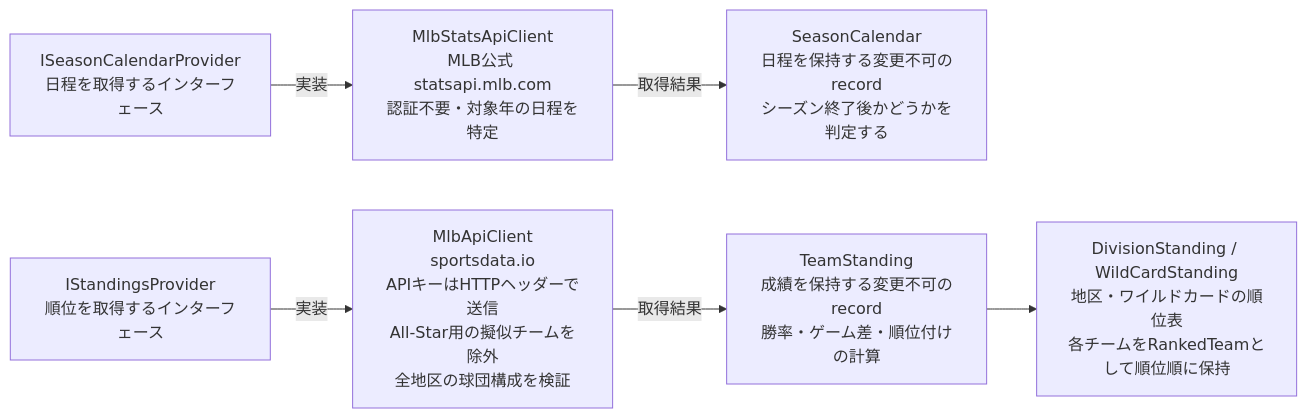
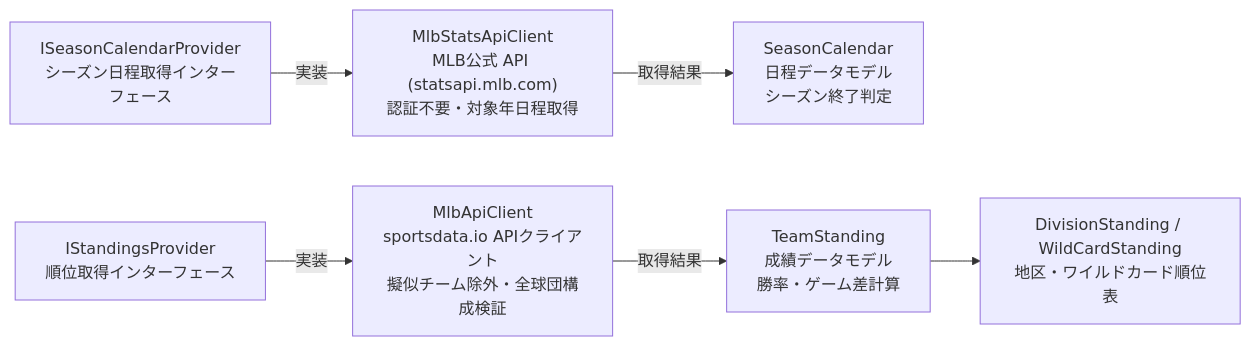
One commit to shin4488/MlbBot changed the second of 4 diagrams in README.md. Above: the diagram before and after it, drawn with Mermaid. The commit also changed other lines of this file and 2 other files, not shown here.

````diff
--- a/README.md
+++ b/README.md
@@ -32,15 +30,15 @@
 ```mermaid
 flowchart LR
-    ISC["ISeasonCalendarProvider<br>日程を取得するインターフェース"] -->|実装| MSC["MlbStatsApiClient<br>MLB公式 statsapi.mlb.com<br>認証不要・対象年の日程を特定"]
-    MSC -->|取得結果| SC["SeasonCalendar<br>日程を保持する変更不可のrecord<br>シーズン終了後かどうかを判定する"]
-    ISP["IStandingsProvider<br>順位を取得するインターフェース"] -->|実装| MAC["MlbApiClient<br>sportsdata.io<br>APIキーはHTTPヘッダーで送信<br>All-Star用の擬似チームを除外<br>全地区の球団構成を検証"]
-    MAC -->|取得結果| TS["TeamStanding<br>成績を保持する変更不可のrecord<br>勝率・ゲーム差・順位付けの計算"]
-    TS --> DS["DivisionStanding / WildCardStanding<br>地区・ワイルドカードの順位表<br>各チームをRankedTeamとして順位順に保持"]
+    ISC["ISeasonCalendarProvider<br>シーズン日程取得インターフェース"] -->|実装| MSC["MlbStatsApiClient<br>MLB公式 API (statsapi.mlb.com)<br>認証不要・対象年日程取得"]
+    MSC -->|取得結果| SC["SeasonCalendar<br>日程データモデル<br>シーズン終了判定"]
+    ISP["IStandingsProvider<br>順位取得インターフェース"] -->|実装| MAC["MlbApiClient<br>sportsdata.io APIクライアント<br>擬似チーム除外・全球団構成検証"]
+    MAC -->|取得結果| TS["TeamStanding<br>成績データモデル<br>勝率・ゲーム差計算"]
+    TS --> DS["DivisionStanding / WildCardStanding<br>地区・ワイルドカード順位表"]
     click ISC "TwitterMlbBot/Mlb/ISeasonCalendarProvider.cs"
     click MSC "TwitterMlbBot/Mlb/MlbStatsApiClient.cs"
     click SC "TwitterMlbBot/Mlb/SeasonCalendar.cs"
     click ISP "TwitterMlbBot/Mlb/IStandingsProvider.cs"
     click MAC "TwitterMlbBot/Mlb/MlbApiClient.cs"
     click TS "TwitterMlbBot/Mlb/TeamStanding.cs"
     click DS "TwitterMlbBot/Mlb/"
 ```
````
